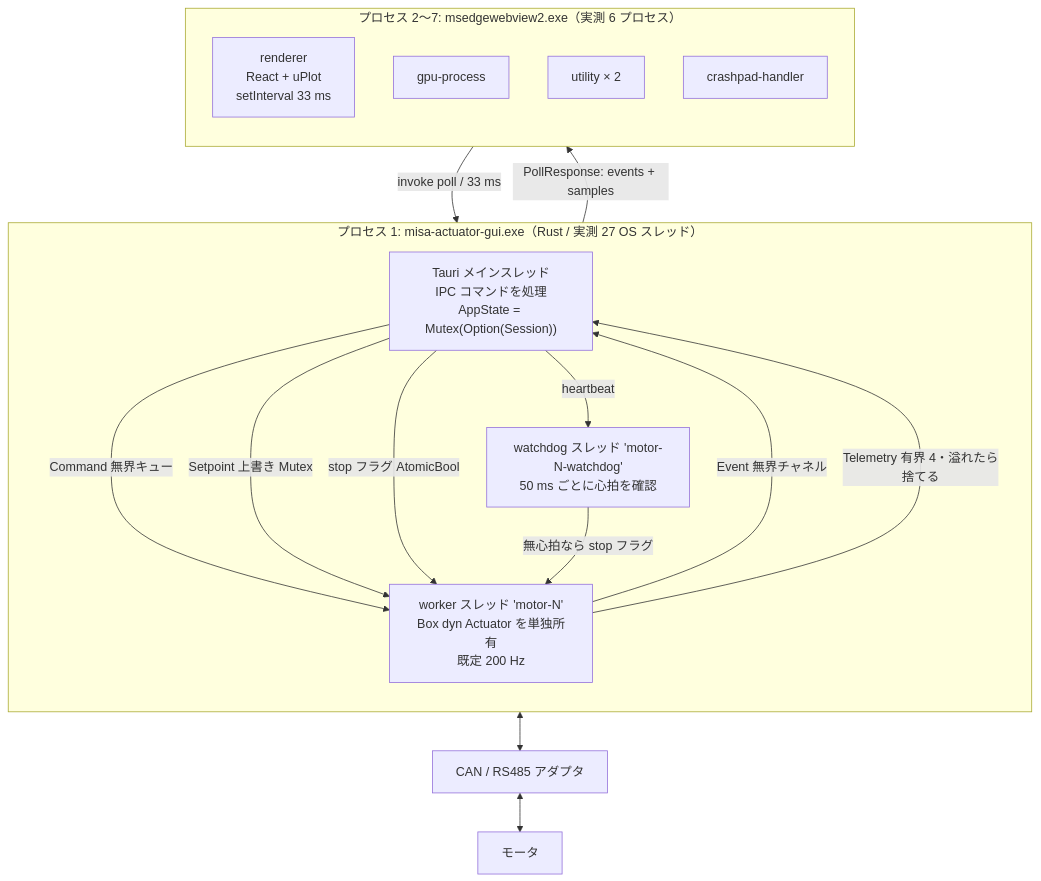
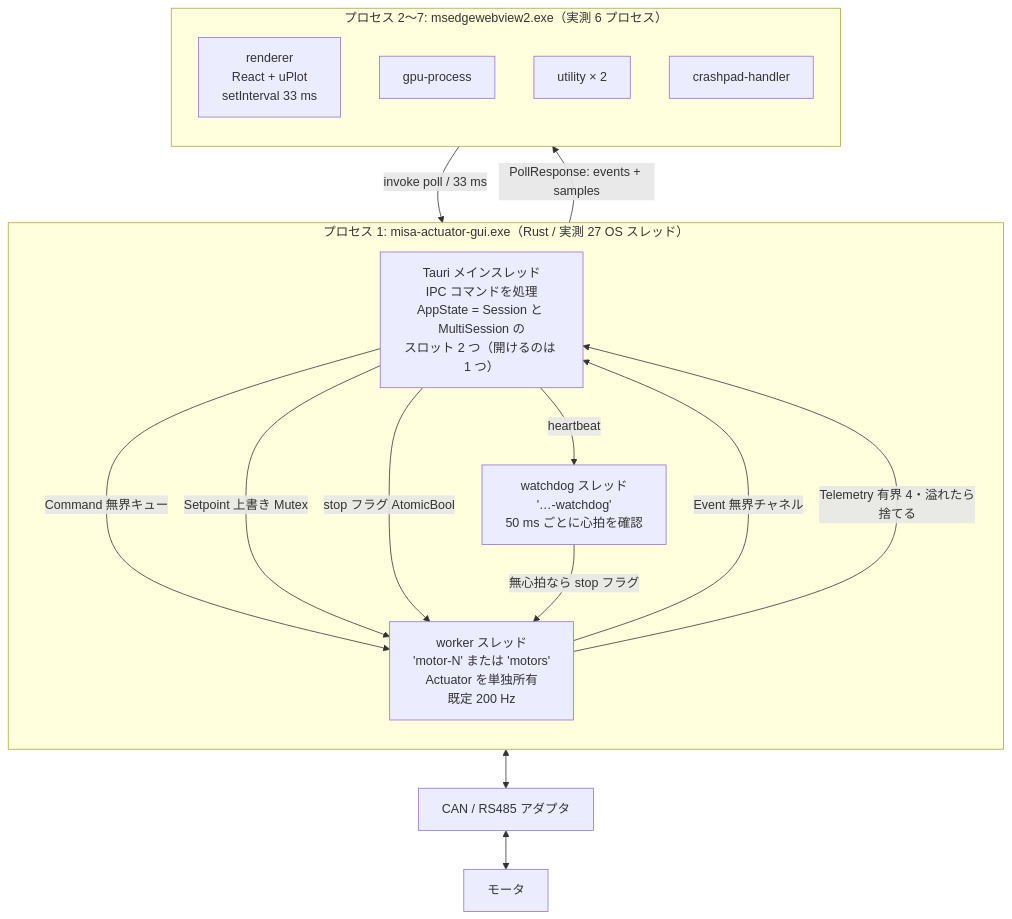
One commit to takarakasai/misa-actuator changed the first of 4 diagrams in doc/architecture.md. Above: the diagram before and after it, drawn with Mermaid. The commit also changed other lines of this file and 2 other files, not shown here.

First line of the commit message:
docs: the shared-bus audit, and what the multi-motor session actually promises

````diff
--- a/doc/architecture.md
+++ b/doc/architecture.md
@@ -29,32 +29,32 @@
 ```mermaid
 flowchart TB
     subgraph GUIPROC["プロセス 1: misa-actuator-gui.exe（Rust / 実測 27 OS スレッド）"]
         direction TB
-        MAIN["Tauri メインスレッド<br/>IPC コマンドを処理<br/>AppState = Mutex(Option(Session))"]
-        WORKER["worker スレッド 'motor-N'<br/>Box dyn Actuator を単独所有<br/>既定 200 Hz"]
-        WDOG["watchdog スレッド 'motor-N-watchdog'<br/>50 ms ごとに心拍を確認"]
+        MAIN["Tauri メインスレッド<br/>IPC コマンドを処理<br/>AppState = Session と MultiSession の<br/>スロット 2 つ（開けるのは 1 つ）"]
+        WORKER["worker スレッド<br/>'motor-N' または 'motors'<br/>Actuator を単独所有<br/>既定 200 Hz"]
+        WDOG["watchdog スレッド<br/>'…-watchdog'<br/>50 ms ごとに心拍を確認"]
     end
 
     subgraph WV["プロセス 2〜7: msedgewebview2.exe（実測 6 プロセス）"]
         direction TB
         REND["renderer<br/>React + uPlot<br/>setInterval 33 ms"]
         GPUP["gpu-process"]
         UTIL["utility × 2"]
         CRASH["crashpad-handler"]
     end
 
     BUS["CAN / RS485 アダプタ"]
     MOTOR["モータ"]
 
     REND -->|"invoke poll / 33 ms"| MAIN
     MAIN -->|"PollResponse: events + samples"| REND
     MAIN -->|"Command 無界キュー"| WORKER
     MAIN -->|"Setpoint 上書き Mutex"| WORKER
     MAIN -->|"stop フラグ AtomicBool"| WORKER
     MAIN -->|"heartbeat"| WDOG
     WORKER -->|"Event 無界チャネル"| MAIN
     WORKER -->|"Telemetry 有界 4・溢れたら捨てる"| MAIN
     WDOG -->|"無心拍なら stop フラグ"| WORKER
     WORKER <--> BUS
     BUS <--> MOTOR
 ```
````
